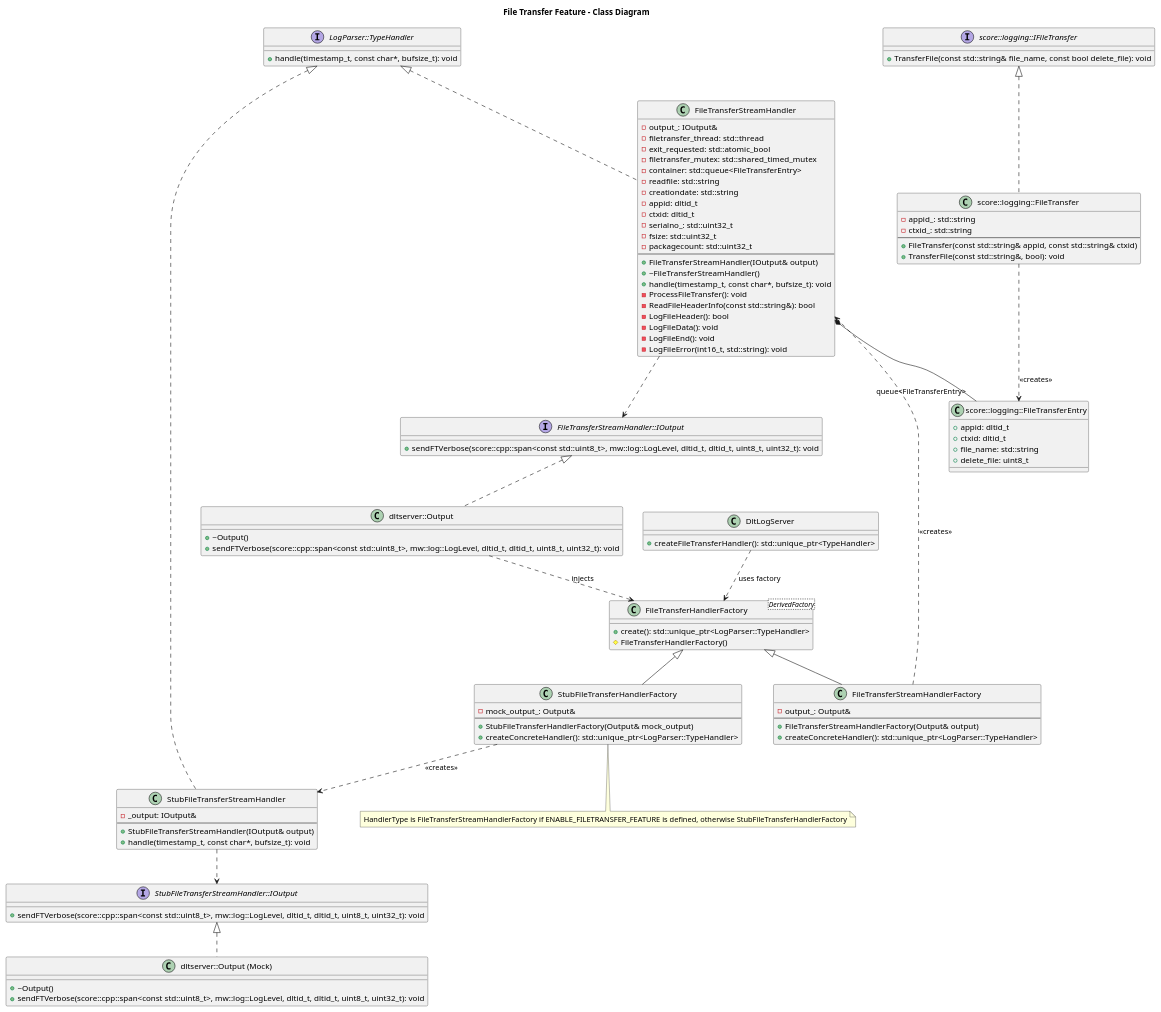
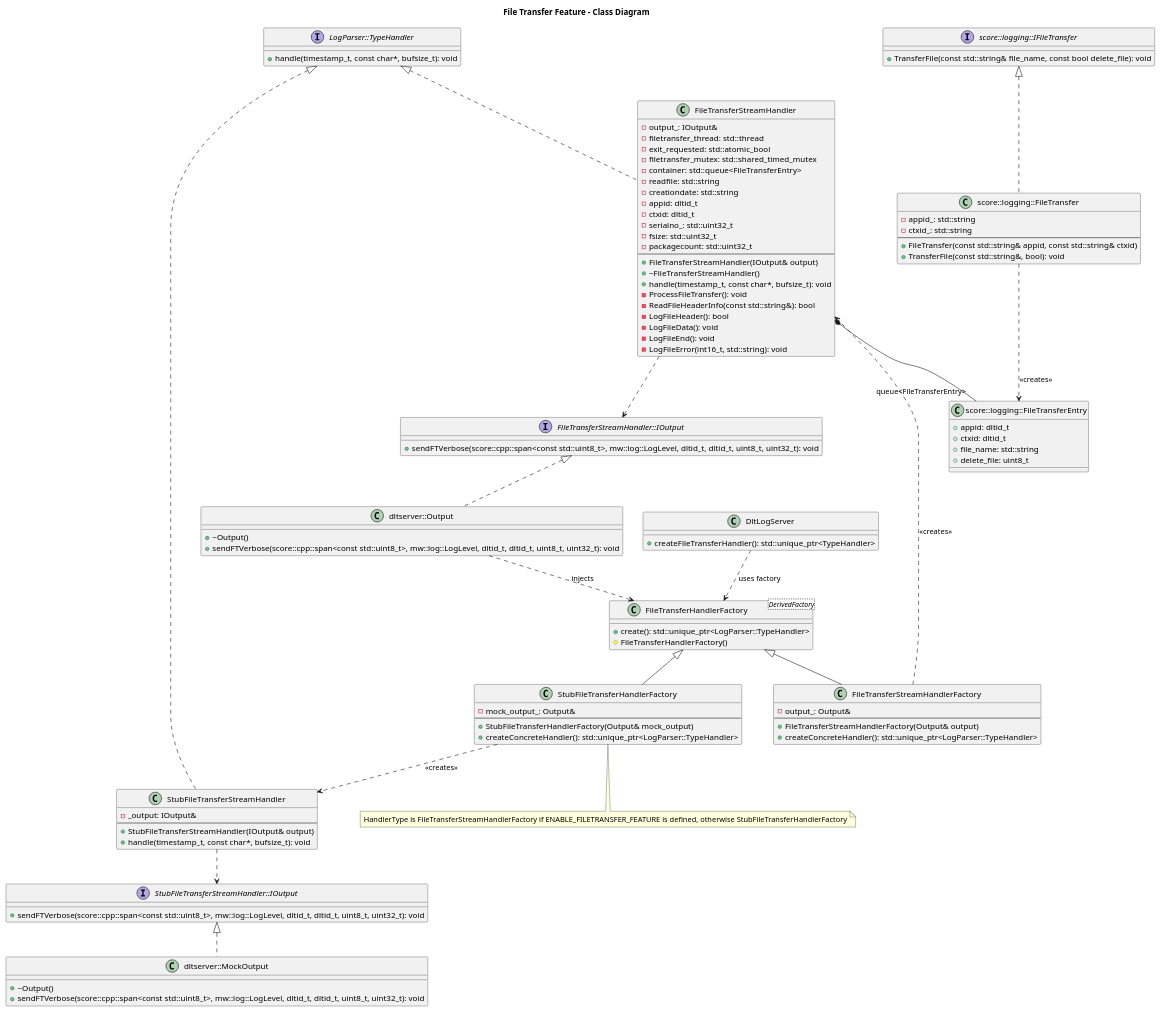
Before and after one commit to eclipse-score/logging: the diagram in score/datarouter/doc/design/uml/file_transfer_feature_class_diagram.puml, drawn with PlantUML. The commit also changed 7 other files, not shown here.

```diff
--- a/score/datarouter/doc/design/uml/file_transfer_feature_class_diagram.puml
+++ b/score/datarouter/doc/design/uml/file_transfer_feature_class_diagram.puml
@@ -14,125 +14,125 @@
 @startuml file_transfer_feature_class_diagram
 title File Transfer Feature - Class Diagram
 
 interface "LogParser::TypeHandler" as TypeHandler {
   + handle(timestamp_t, const char*, bufsize_t): void
 }
 
 class StubFileTransferStreamHandler {
   - _output: IOutput&
   --
   + StubFileTransferStreamHandler(IOutput& output)
   + handle(timestamp_t, const char*, bufsize_t): void
 }
 
 interface "StubFileTransferStreamHandler::IOutput" as StubIOutput {
   + sendFTVerbose(score::cpp::span<const std::uint8_t>, mw::log::LogLevel, dltid_t, dltid_t, uint8_t, uint32_t): void
 }
 
 class FileTransferStreamHandler {
   - output_: IOutput&
   - filetransfer_thread: std::thread
   - exit_requested: std::atomic_bool
   - filetransfer_mutex: std::shared_timed_mutex
   - container: std::queue<FileTransferEntry>
   - readfile: std::string
   - creationdate: std::string
   - appid: dltid_t
   - ctxid: dltid_t
   - serialno_: std::uint32_t
   - fsize: std::uint32_t
   - packagecount: std::uint32_t
   --
   + FileTransferStreamHandler(IOutput& output)
   + ~FileTransferStreamHandler()
   + handle(timestamp_t, const char*, bufsize_t): void
   - ProcessFileTransfer(): void
   - ReadFileHeaderInfo(const std::string&): bool
   - LogFileHeader(): bool
   - LogFileData(): void
   - LogFileEnd(): void
   - LogFileError(int16_t, std::string): void
 }
 
 interface "FileTransferStreamHandler::IOutput" as FileIOutput {
   + sendFTVerbose(score::cpp::span<const std::uint8_t>, mw::log::LogLevel, dltid_t, dltid_t, uint8_t, uint32_t): void
 }
 
-class "dltserver::Output (Mock)" as MockOutput {
+class "dltserver::MockOutput" as MockOutput {
   + ~Output()
   + sendFTVerbose(score::cpp::span<const std::uint8_t>, mw::log::LogLevel, dltid_t, dltid_t, uint8_t, uint32_t): void
 }
 
 class "dltserver::Output" as Output {
   + ~Output()
   + sendFTVerbose(score::cpp::span<const std::uint8_t>, mw::log::LogLevel, dltid_t, dltid_t, uint8_t, uint32_t): void
 }
 
 class "FileTransferHandlerFactory<DerivedFactory>" as Factory {
   + create(): std::unique_ptr<LogParser::TypeHandler>
   # FileTransferHandlerFactory()
 }
 
 class StubFileTransferHandlerFactory {
   - mock_output_: Output&
   --
   + StubFileTransferHandlerFactory(Output& mock_output)
   + createConcreteHandler(): std::unique_ptr<LogParser::TypeHandler>
 }
 
 class FileTransferStreamHandlerFactory {
   - output_: Output&
   --
   + FileTransferStreamHandlerFactory(Output& output)
   + createConcreteHandler(): std::unique_ptr<LogParser::TypeHandler>
 }
 
 class DltLogServer {
   + createFileTransferHandler(): std::unique_ptr<TypeHandler>
 }
 
 class "score::logging::FileTransferEntry" as FileTransferEntry {
   + appid: dltid_t
   + ctxid: dltid_t
   + file_name: std::string
   + delete_file: uint8_t
 }
 
 interface "score::logging::IFileTransfer" as IFileTransfer {
   + TransferFile(const std::string& file_name, const bool delete_file): void
 }
 
 class "score::logging::FileTransfer" as FileTransfer {
   - appid_: std::string
   - ctxid_: std::string
   --
   + FileTransfer(const std::string& appid, const std::string& ctxid)
   + TransferFile(const std::string&, bool): void
 }
 
 note bottom of StubFileTransferHandlerFactory : HandlerType is FileTransferStreamHandlerFactory if ENABLE_FILETRANSFER_FEATURE is defined, otherwise StubFileTransferHandlerFactory
 
 TypeHandler <|.. StubFileTransferStreamHandler
 TypeHandler <|.. FileTransferStreamHandler
 
 StubFileTransferStreamHandler ..> StubIOutput
 FileTransferStreamHandler ..> FileIOutput
 
 StubIOutput <|.. MockOutput
 FileIOutput <|.. Output
 
 Factory <|-- StubFileTransferHandlerFactory
 Factory <|-- FileTransferStreamHandlerFactory
 
 StubFileTransferHandlerFactory ..> StubFileTransferStreamHandler : <<creates>>
 FileTransferStreamHandlerFactory ..> FileTransferStreamHandler : <<creates>>
 
 DltLogServer ..> Factory : uses factory
 Output ..> Factory : injects
 
 FileTransferStreamHandler *-- "queue<FileTransferEntry>" FileTransferEntry
 
 IFileTransfer <|.. FileTransfer
 FileTransfer ..> FileTransferEntry : <<creates>>
 
 @enduml
```
